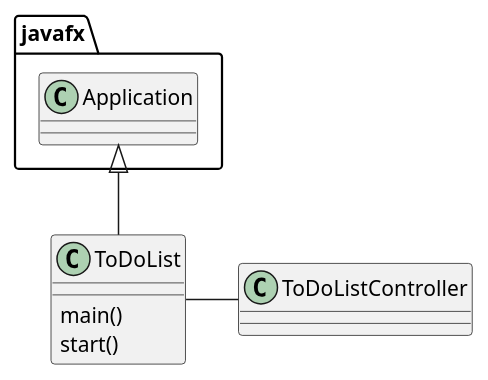
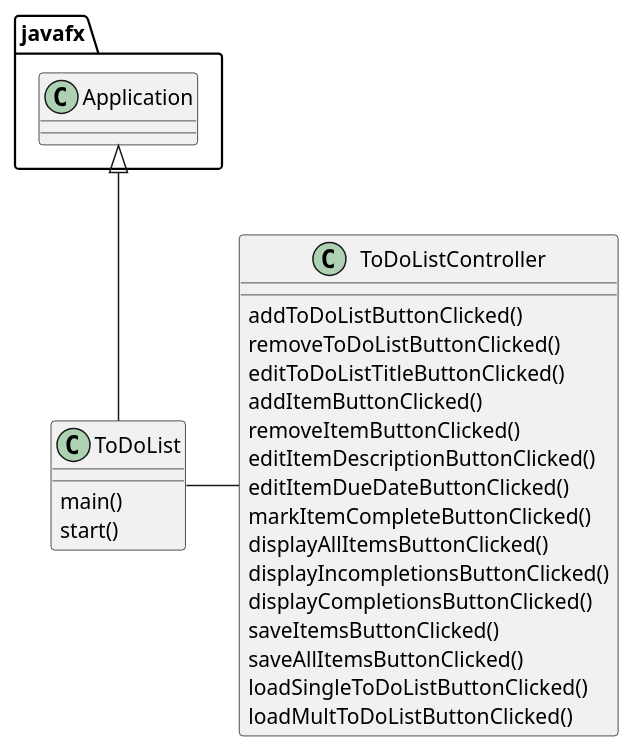
One commit to christianklingbiel/klingbiel-cop3330-assignment4 changed the diagram in uml/ToDoList.puml. Above: the diagram before and after it, drawn with PlantUML. The commit also changed 6 other files, not shown here.

```diff
--- a/uml/ToDoList.puml
+++ b/uml/ToDoList.puml
@@ -1,15 +1,30 @@
 @startuml
 'https://plantuml.com/class-diagram
 
 class ToDoList {
     main()
     start()
 }
 class ToDoListController {
+    addToDoListButtonClicked()
+    removeToDoListButtonClicked()
+    editToDoListTitleButtonClicked()
+    addItemButtonClicked()
+    removeItemButtonClicked()
+    editItemDescriptionButtonClicked()
+    editItemDueDateButtonClicked()
+    markItemCompleteButtonClicked()
+    displayAllItemsButtonClicked()
+    displayIncompletionsButtonClicked()
+    displayCompletionsButtonClicked()
+    saveItemsButtonClicked()
+    saveAllItemsButtonClicked()
+    loadSingleToDoListButtonClicked()
+    loadMultToDoListButtonClicked()
 }
 
 javafx.Application <|-- ToDoList
 
 ToDoList - ToDoListController
 
 @enduml
```
